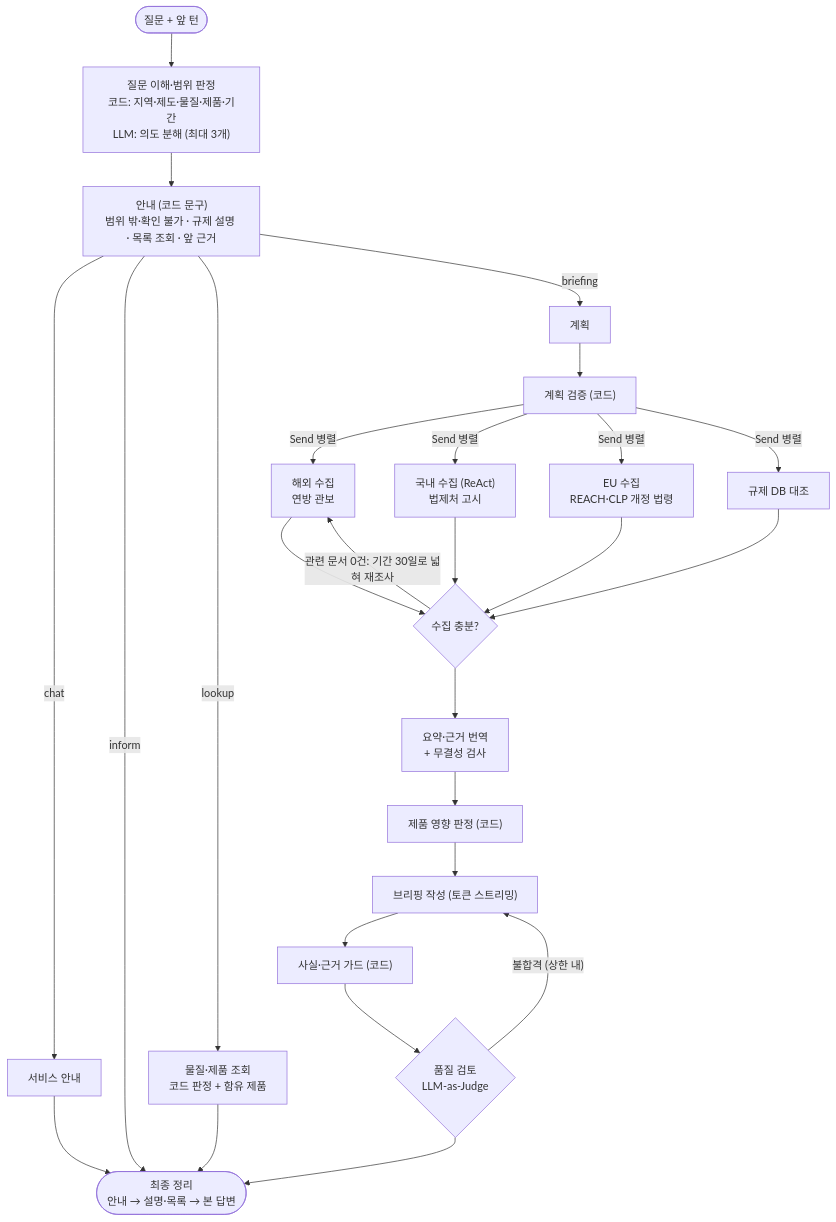
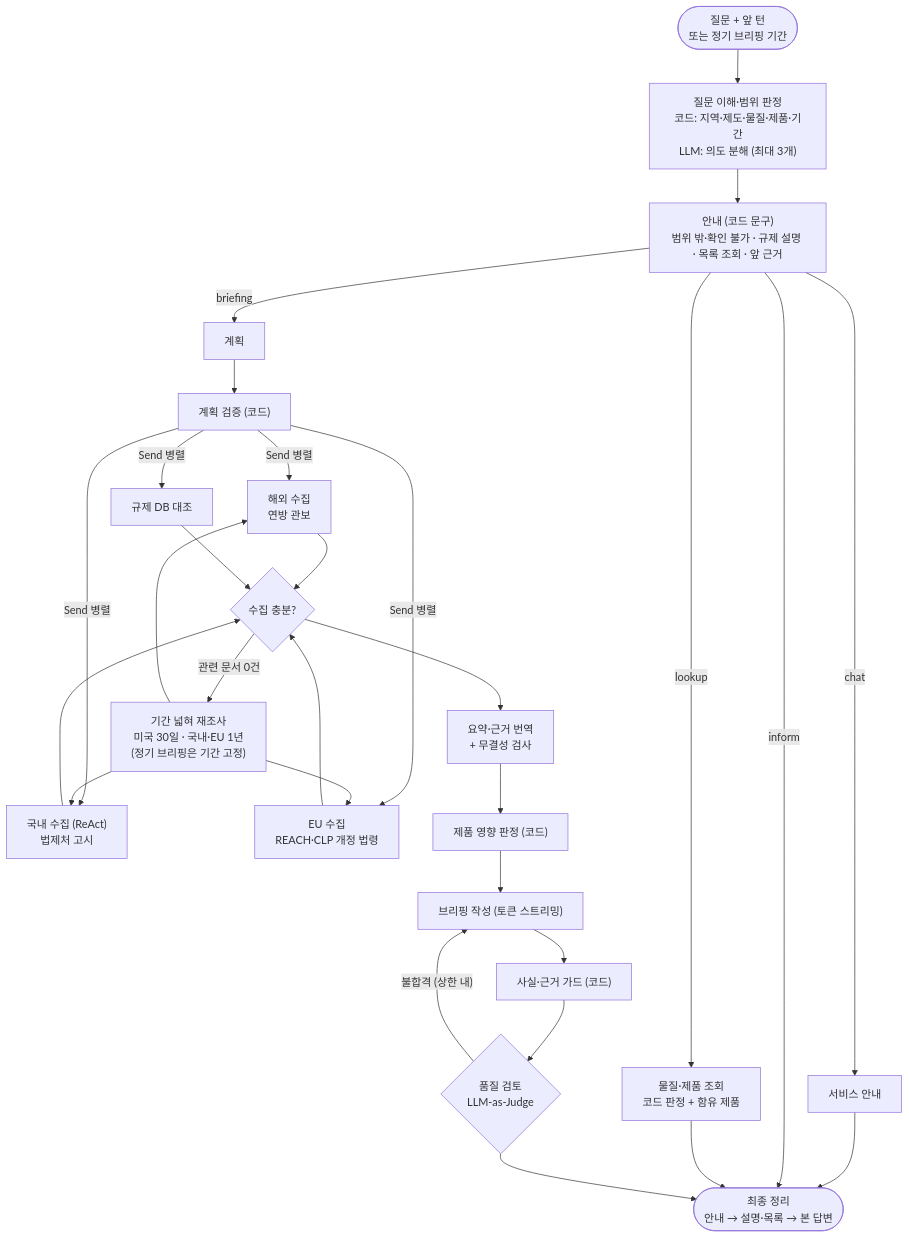
One commit to ji0x0/skala-chem-reg changed the second of 2 diagrams in README.md. Above: the diagram before and after it, drawn with Mermaid. The commit also changed other lines of this file and 17 other files, not shown here.

````diff
--- a/README.md
+++ b/README.md
@@ -61,17 +66,17 @@
 ```mermaid
 flowchart TD
-    Q([질문 + 앞 턴]) --> und["질문 이해·범위 판정<br/>코드: 지역·제도·물질·제품·기간<br/>LLM: 의도 분해 (최대 3개)"]
+    Q([질문 + 앞 턴<br/>또는 정기 브리핑 기간]) --> und["질문 이해·범위 판정<br/>코드: 지역·제도·물질·제품·기간<br/>LLM: 의도 분해 (최대 3개)"]
     und --> inform["안내 (코드 문구)<br/>범위 밖·확인 불가 · 규제 설명 · 목록 조회 · 앞 근거"]
     inform -- chat --> chat[서비스 안내] --> fin
     inform -- inform --> fin
     inform -- lookup --> lookup["물질·제품 조회<br/>코드 판정 + 함유 제품"] --> fin
     inform -- briefing --> plan[계획] --> gate["계획 검증 (코드)"]
     gate -- Send 병렬 --> us["해외 수집<br/>연방 관보"] & kr["국내 수집 (ReAct)<br/>법제처 고시"] & eu["EU 수집<br/>REACH·CLP 개정 법령"] & db["규제 DB 대조"]
     us & kr & eu & db --> review{"수집 충분?"}
-    review -- "관련 문서 0건: 기간 30일로 넓혀 재조사" --> us
+    review -- "관련 문서 0건" --> wide["기간 넓혀 재조사<br/>미국 30일 · 국내·EU 1년<br/>(정기 브리핑은 기간 고정)"] --> us & kr & eu
     review --> sum["요약·근거 번역<br/>+ 무결성 검사"] --> impact["제품 영향 판정 (코드)"]
     impact --> write["브리핑 작성 (토큰 스트리밍)"] --> guard["사실·근거 가드 (코드)"]
     guard --> validate{"품질 검토<br/>LLM-as-Judge"}
     validate -- "불합격 (상한 내)" --> write
     validate --> fin([최종 정리<br/>안내 → 설명·목록 → 본 답변])
 ```
````
